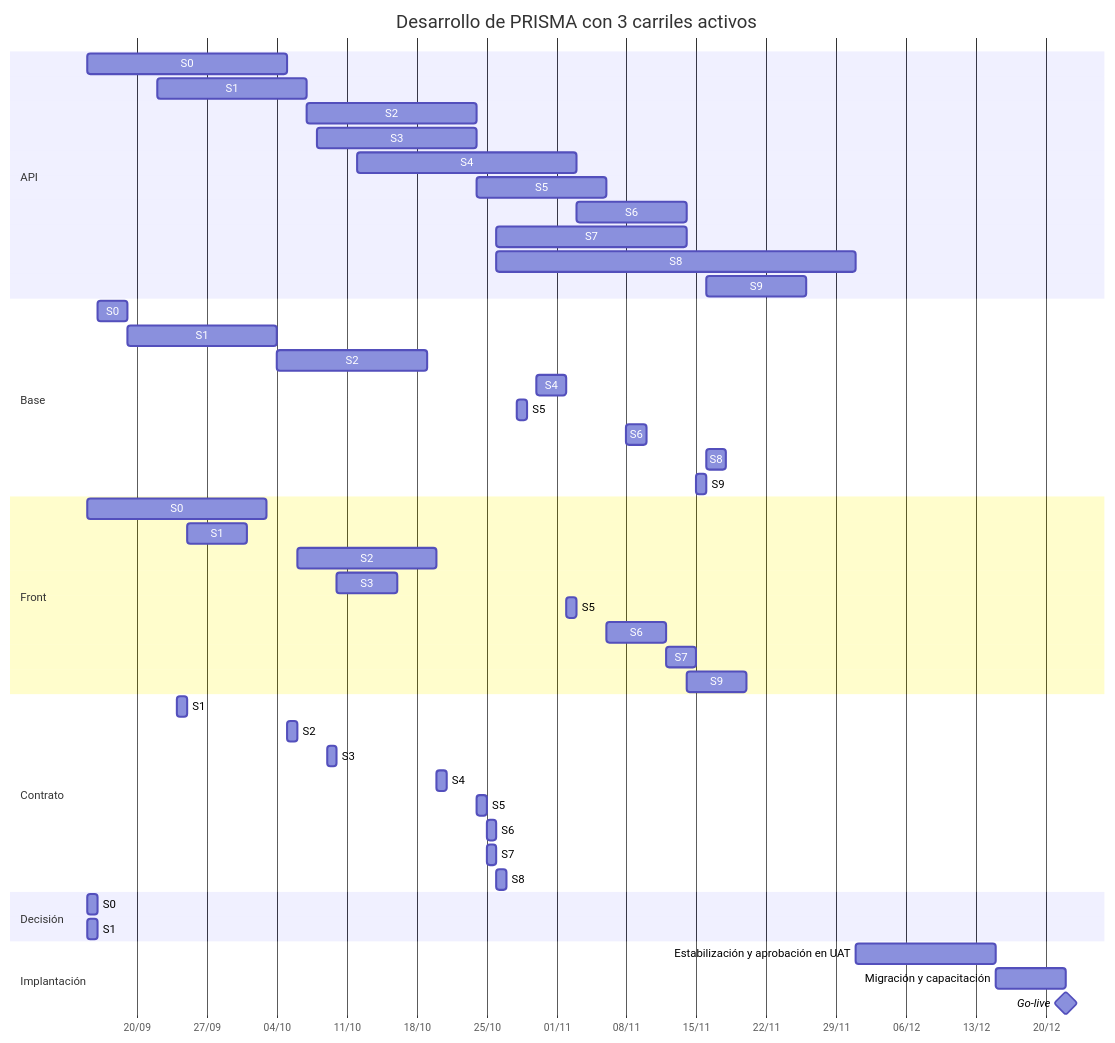
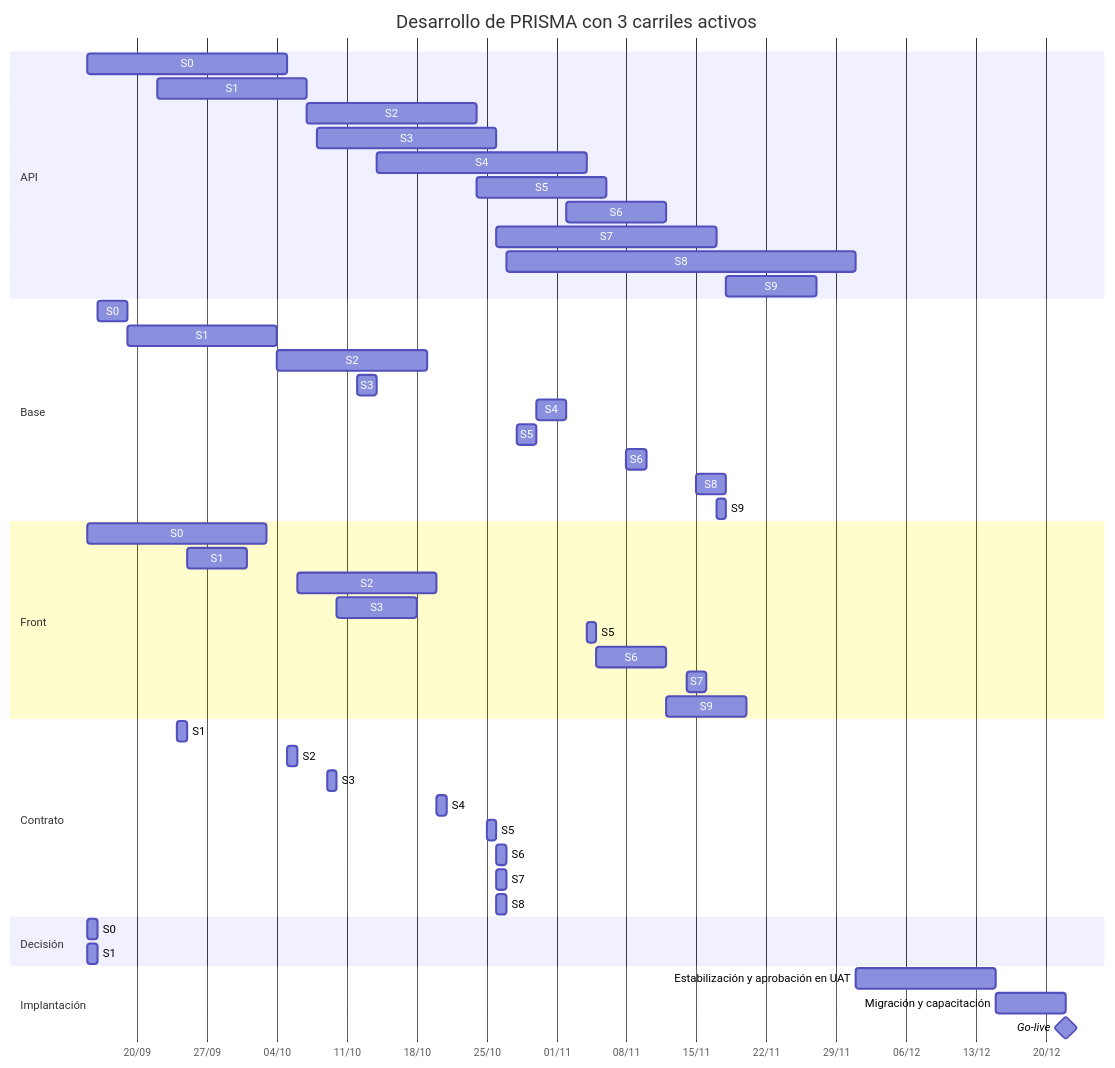
One commit to Juanchope039/Finanzas-PRISMA changed the first of 2 diagrams in docs/08-plan-de-desarrollo.md. Above: the diagram before and after it, drawn with Mermaid. The commit also changed other lines of this file and 18 other files, not shown here.

````diff
--- a/docs/08-plan-de-desarrollo.md
+++ b/docs/08-plan-de-desarrollo.md
@@ -172,57 +172,58 @@
 ```mermaid
 gantt
     title Desarrollo de PRISMA con 3 carriles activos
     dateFormat YYYY-MM-DD
     axisFormat %d/%m
 
     section API
     S0 :api0, 2026-09-15, 2026-10-05
     S1 :api1, 2026-09-22, 2026-10-07
     S2 :api2, 2026-10-07, 2026-10-24
-    S3 :api3, 2026-10-08, 2026-10-24
-    S4 :api4, 2026-10-12, 2026-11-03
+    S3 :api3, 2026-10-08, 2026-10-26
+    S4 :api4, 2026-10-14, 2026-11-04
     S5 :api5, 2026-10-24, 2026-11-06
-    S6 :api6, 2026-11-03, 2026-11-14
-    S7 :api7, 2026-10-26, 2026-11-14
-    S8 :api8, 2026-10-26, 2026-12-01
-    S9 :api9, 2026-11-16, 2026-11-26
+    S6 :api6, 2026-11-02, 2026-11-12
+    S7 :api7, 2026-10-26, 2026-11-17
+    S8 :api8, 2026-10-27, 2026-12-01
+    S9 :api9, 2026-11-18, 2026-11-27
 
     section Base
     S0 :base0, 2026-09-16, 2026-09-19
     S1 :base1, 2026-09-19, 2026-10-04
     S2 :base2, 2026-10-04, 2026-10-19
+    S3 :base3, 2026-10-12, 2026-10-14
     S4 :base4, 2026-10-30, 2026-11-02
-    S5 :base5, 2026-10-28, 2026-10-29
+    S5 :base5, 2026-10-28, 2026-10-30
     S6 :base6, 2026-11-08, 2026-11-10
-    S8 :base8, 2026-11-16, 2026-11-18
-    S9 :base9, 2026-11-15, 2026-11-16
+    S8 :base8, 2026-11-15, 2026-11-18
+    S9 :base9, 2026-11-17, 2026-11-18
 
     section Front
     S0 :front0, 2026-09-15, 2026-10-03
     S1 :front1, 2026-09-25, 2026-10-01
     S2 :front2, 2026-10-06, 2026-10-20
-    S3 :front3, 2026-10-10, 2026-10-16
-    S5 :front5, 2026-11-02, 2026-11-03
-    S6 :front6, 2026-11-06, 2026-11-12
-    S7 :front7, 2026-11-12, 2026-11-15
-    S9 :front9, 2026-11-14, 2026-11-20
+    S3 :front3, 2026-10-10, 2026-10-18
+    S5 :front5, 2026-11-04, 2026-11-05
+    S6 :front6, 2026-11-05, 2026-11-12
+    S7 :front7, 2026-11-14, 2026-11-16
+    S9 :front9, 2026-11-12, 2026-11-20
 
     section Contrato
     S1 :contrato1, 2026-09-24, 2026-09-25
     S2 :contrato2, 2026-10-05, 2026-10-06
     S3 :contrato3, 2026-10-09, 2026-10-10
     S4 :contrato4, 2026-10-20, 2026-10-21
-    S5 :contrato5, 2026-10-24, 2026-10-25
-    S6 :contrato6, 2026-10-25, 2026-10-26
-    S7 :contrato7, 2026-10-25, 2026-10-26
+    S5 :contrato5, 2026-10-25, 2026-10-26
+    S6 :contrato6, 2026-10-26, 2026-10-27
+    S7 :contrato7, 2026-10-26, 2026-10-27
     S8 :contrato8, 2026-10-26, 2026-10-27
 
     section Decisión
     S0 :decisin0, 2026-09-15, 2026-09-16
     S1 :decisin1, 2026-09-15, 2026-09-16
 
     section Implantación
     Estabilización y aprobación en UAT :est, 2026-12-01, 2026-12-15
     Migración y capacitación :mig, 2026-12-15, 2026-12-22
     Go-live :milestone, 2026-12-22, 0d
 ```
````
